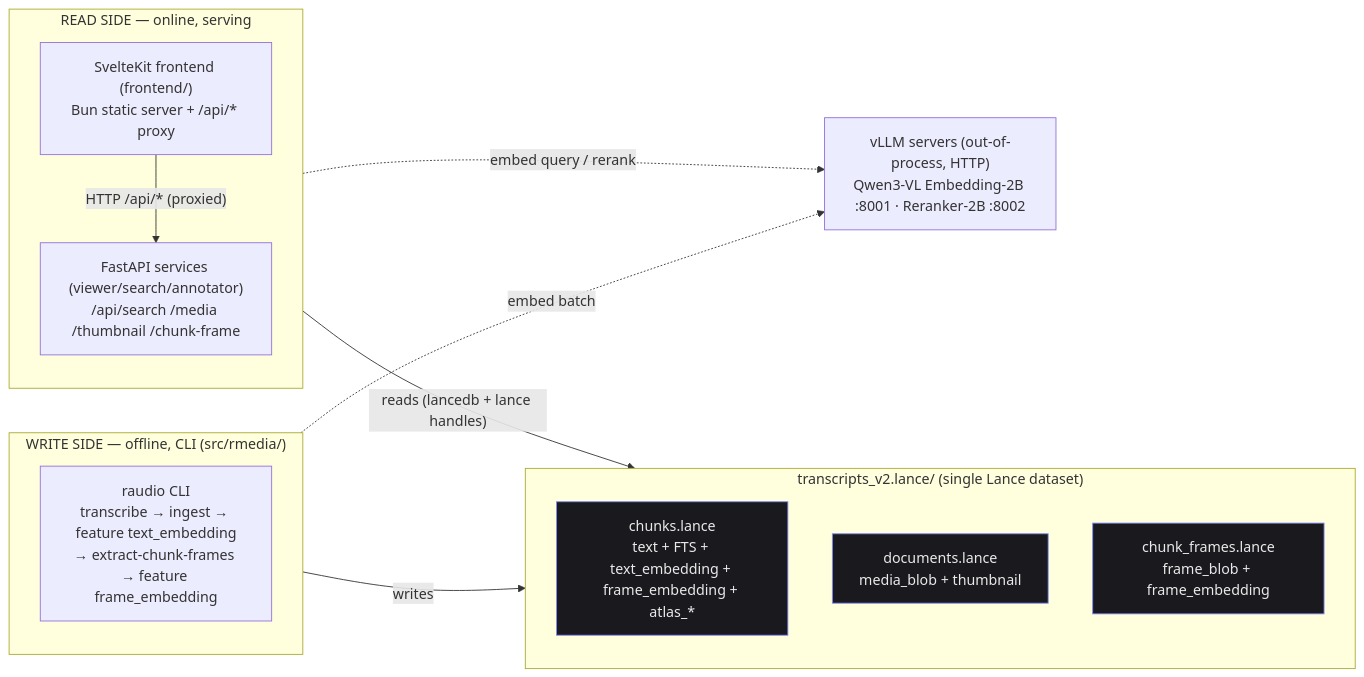
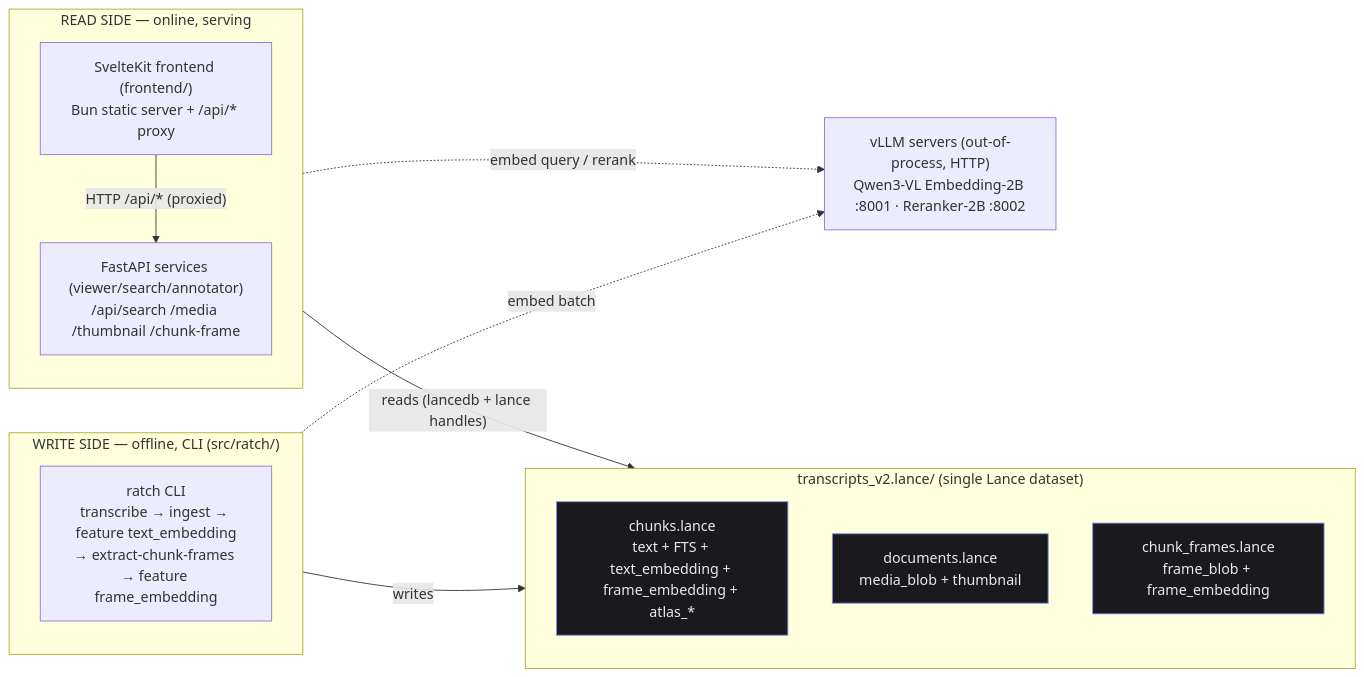
One commit to Borg93/lance-audio-demo changed the first of 4 diagrams in docs/GUIDE.md. Above: the diagram before and after it, drawn with Mermaid. The commit also changed other lines of this file and 191 other files, not shown here.

````diff
--- a/docs/GUIDE.md
+++ b/docs/GUIDE.md
@@ -34,31 +34,31 @@
 ```mermaid
 flowchart LR
-    subgraph WRITE["WRITE SIDE — offline, CLI (src/rmedia/)"]
+    subgraph WRITE["WRITE SIDE — offline, CLI (src/ratch/)"]
         direction TB
-        CLI["raudio CLI<br/>transcribe → ingest → feature text_embedding<br/>→ extract-chunk-frames → feature frame_embedding"]
+        CLI["ratch CLI<br/>transcribe → ingest → feature text_embedding<br/>→ extract-chunk-frames → feature frame_embedding"]
     end
 
     subgraph DB["transcripts_v2.lance/ (single Lance dataset)"]
         direction TB
         T1["chunks.lance<br/>text + FTS + text_embedding + frame_embedding + atlas_*"]
         T2["documents.lance<br/>media_blob + thumbnail"]
         T3["chunk_frames.lance<br/>frame_blob + frame_embedding"]
     end
 
     subgraph READ["READ SIDE — online, serving"]
         direction TB
         FE["SvelteKit frontend (frontend/)<br/>Bun static server + /api/* proxy"]
         BE["FastAPI services (viewer/search/annotator)<br/>/api/search /media /thumbnail /chunk-frame"]
         FE -->|"HTTP /api/* (proxied)"| BE
     end
 
     VLLM["vLLM servers (out-of-process, HTTP)<br/>Qwen3-VL Embedding-2B :8001 · Reranker-2B :8002"]
 
     CLI -->|writes| DB
     BE -->|"reads (lancedb + lance handles)"| DB
     CLI -.->|embed batch| VLLM
     BE -.->|"embed query / rerank"| VLLM
 
     classDef store fill:#1a1a1e,stroke:#818cf8,color:#e9e9ea;
     class T1,T2,T3 store;
 ```
````
